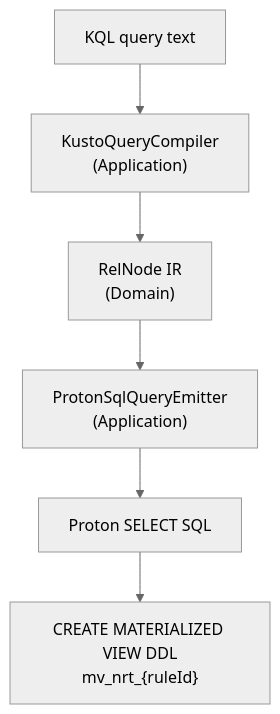
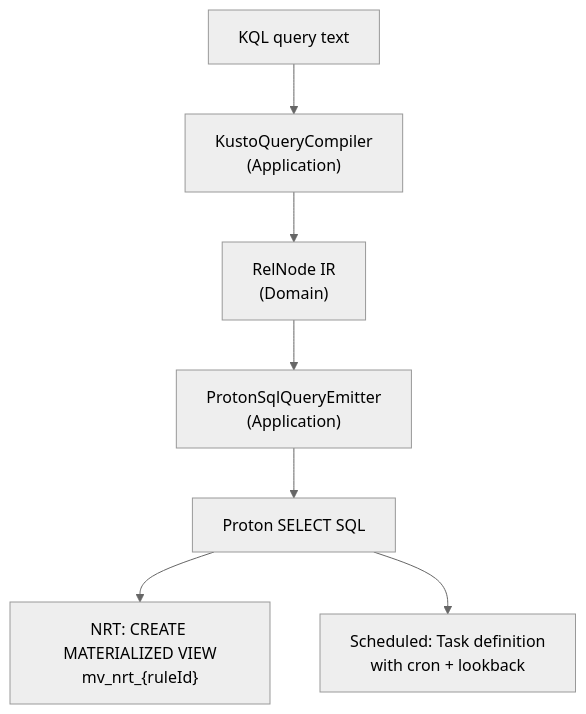
Before and after one commit to DeltaZulu-OU/DeltaZulu.Platform: the third of 5 diagrams in docs/ARCHITECTURE.md, drawn with Mermaid (neutral theme). The commit also changed other lines of this file, not shown here.

Commit message:
Establish DuckDB/Proton engine separation in architecture

````diff
--- a/docs/ARCHITECTURE.md
+++ b/docs/ARCHITECTURE.md
@@ -388,8 +447,9 @@
 ```mermaid
 flowchart TD
     KQL["KQL query text"] --> KC["KustoQueryCompiler<br/>(Application)"]
     KC --> RN["RelNode IR<br/>(Domain)"]
     RN --> PE["ProtonSqlQueryEmitter<br/>(Application)"]
     PE --> SQL["Proton SELECT SQL"]
-    SQL --> DDL["CREATE MATERIALIZED VIEW DDL<br/>mv_nrt_{ruleId}"]
+    SQL --> NRT_DDL["NRT: CREATE MATERIALIZED VIEW<br/>mv_nrt_{ruleId}"]
+    SQL --> SCHED_DDL["Scheduled: Task definition<br/>with cron + lookback"]
 ```
````
